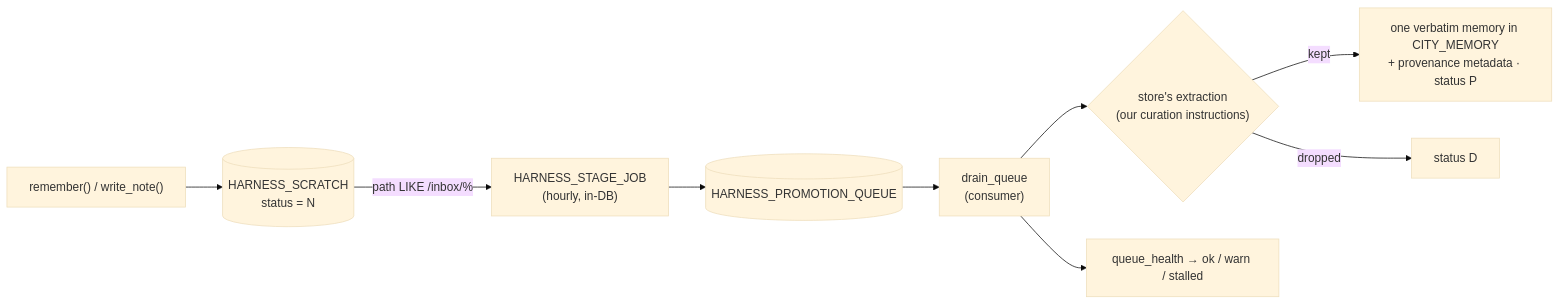
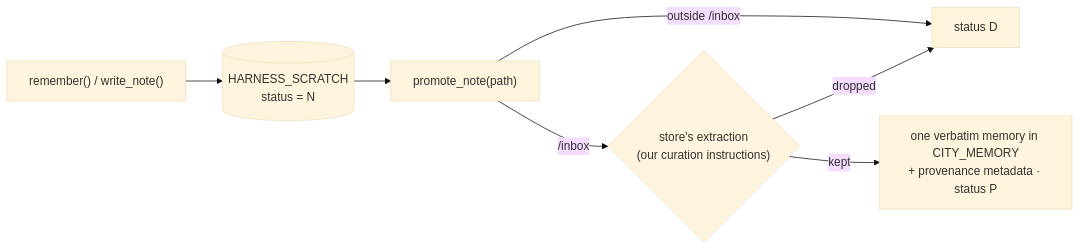
The eighth of 16 diagrams in docs/WALKTHROUGH.md (anantsrivast/cityops-agent-harness), drawn with Mermaid (base theme) before and after one commit. The commit also changed other lines of this file and 10 other files, not shown here.

First line of the commit message:
refactor: notebook 02 drops the promotion queue for direct promote_note calls

````diff
--- a/docs/WALKTHROUGH.md
+++ b/docs/WALKTHROUGH.md
@@ -254,11 +254,9 @@
 ```mermaid
 flowchart LR
   w["remember() / write_note()"] --> SC[("HARNESS_SCRATCH<br/>status = N")]
-  SC -->|"path LIKE /inbox/%"| JOB["HARNESS_STAGE_JOB<br/>(hourly, in-DB)"]
-  JOB --> Q[("HARNESS_PROMOTION_QUEUE")]
-  Q --> DR["drain_queue<br/>(consumer)"]
-  DR --> TG{"store's extraction<br/>(our curation instructions)"}
+  SC --> PN["promote_note(path)"]
+  PN -->|"outside /inbox"| DD["status D"]
+  PN -->|"/inbox"| TG{"store's extraction<br/>(our curation instructions)"}
   TG -->|kept| PR["one verbatim memory in CITY_MEMORY<br/>+ provenance metadata · status P"]
-  TG -->|dropped| DD["status D"]
-  DR --> HC["queue_health → ok / warn / stalled"]
+  TG -->|dropped| DD
 ```
````
